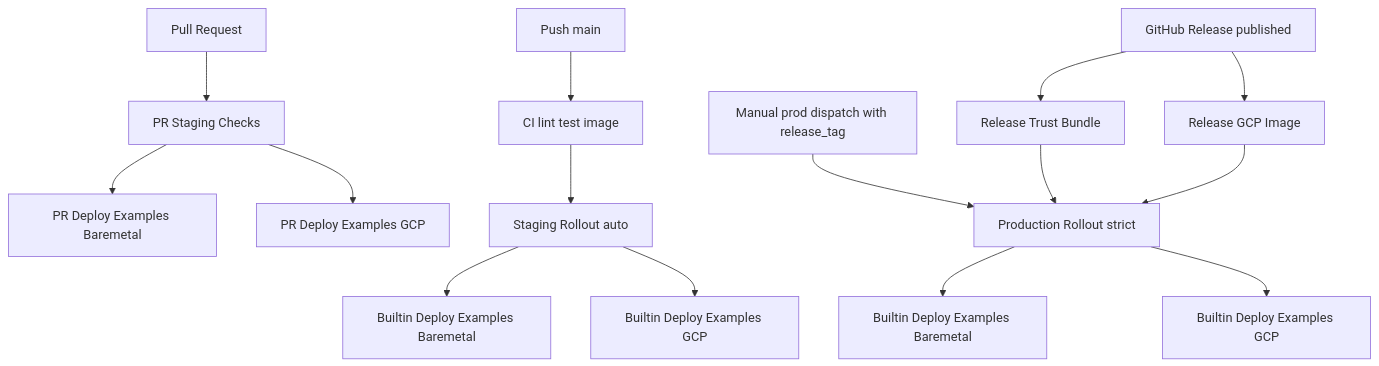
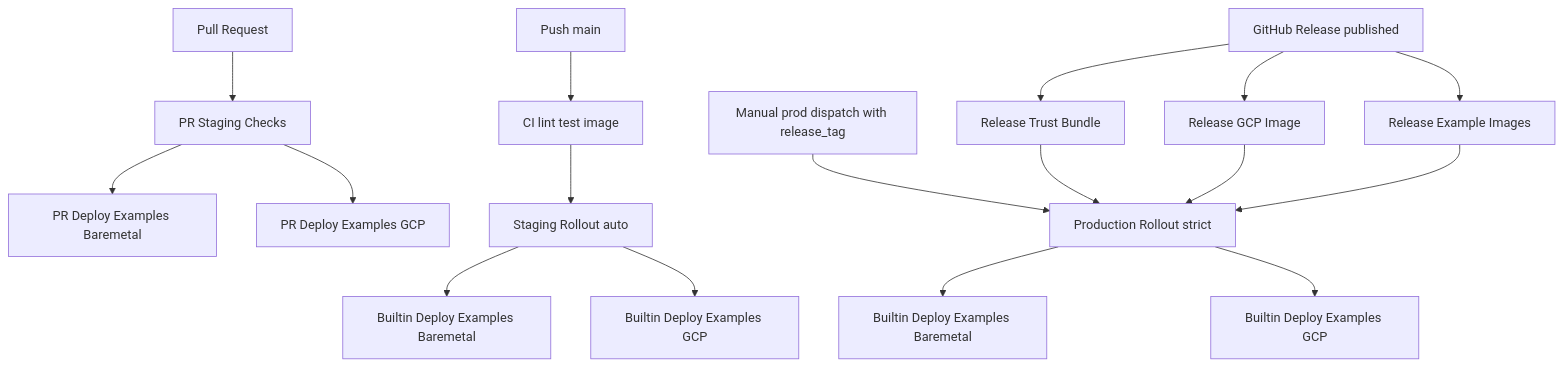
Before and after one commit to easyenclave/easyenclave: the diagram in docs/CI_CD_NETWORKS.md, drawn with Mermaid. The commit also changed other lines of this file and 6 other files, not shown here.

Commit message:
Use release-signed example images for production deploy examples

````diff
--- a/docs/CI_CD_NETWORKS.md
+++ b/docs/CI_CD_NETWORKS.md
@@ -14,17 +14,19 @@
 ```mermaid
 flowchart TD
     PR["Pull Request"] --> PRCHK["PR Staging Checks"]
     PRCHK --> PRBM["PR Deploy Examples Baremetal"]
     PRCHK --> PRGCP["PR Deploy Examples GCP"]
     MAIN["Push main"] --> CI["CI lint test image"]
     CI --> STG["Staging Rollout auto"]
     STG --> BM["Builtin Deploy Examples Baremetal"]
     STG --> GCP["Builtin Deploy Examples GCP"]
     REL["GitHub Release published"] --> RTB["Release Trust Bundle"]
     REL --> RGI["Release GCP Image"]
+    REL --> REI["Release Example Images"]
     MANUAL["Manual prod dispatch with release_tag"] --> PROD["Production Rollout strict"]
     RTB --> PROD
     RGI --> PROD
+    REI --> PROD
     PROD --> PBM["Builtin Deploy Examples Baremetal"]
     PROD --> PGCP["Builtin Deploy Examples GCP"]
 ```
````
